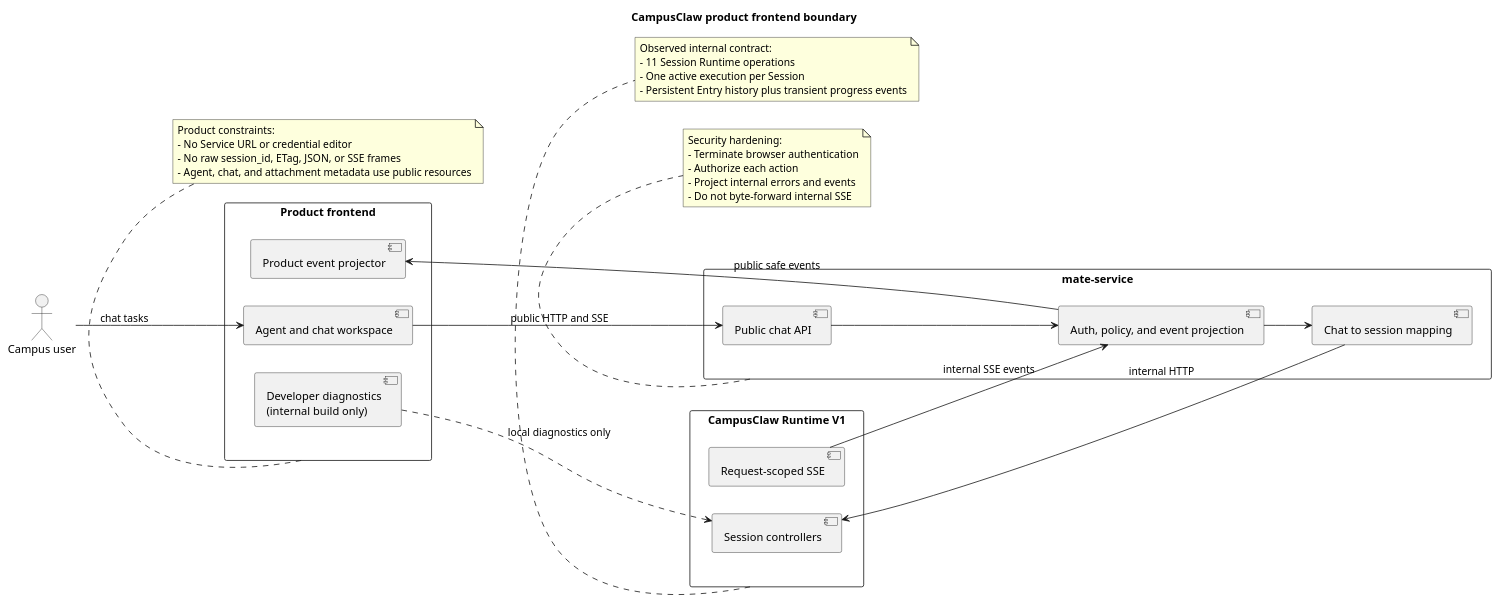
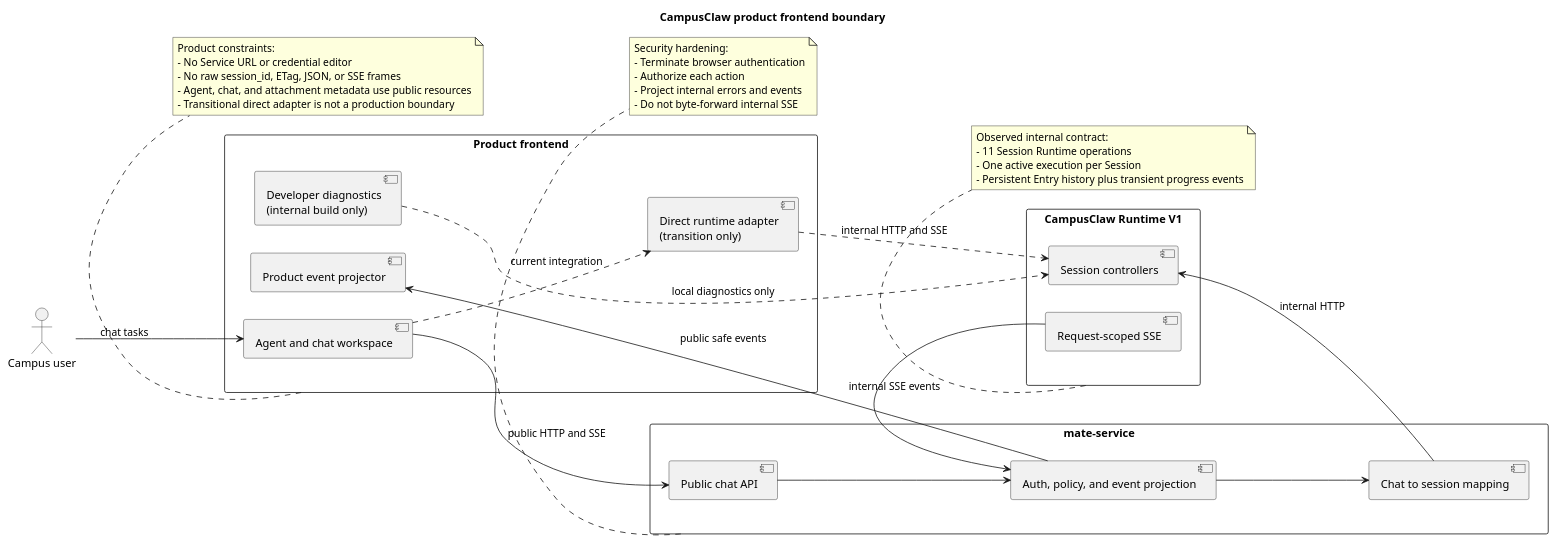
Before and after one commit to 2862282695gjh-afk/pi-mono-java: the first of 2 diagrams in docs/designs/campusclaw-frontend/diagram.puml, drawn with PlantUML. The commit also changed other lines of this file and 29 other files, not shown here.

```diff
--- a/docs/designs/campusclaw-frontend/diagram.puml
+++ b/docs/designs/campusclaw-frontend/diagram.puml
@@ -1,59 +1,67 @@
 @startuml frontend_product_boundary
-' Source evidence: frontend/src/App.vue (current debug console shell) and frontend/src/composables/useRuntimeApi.ts (useRuntimeApi, BASE_PATH).
+' Source baseline: 7b655487df80685187ed0193f6578060615f7d43.
+' Source evidence: frontend/src/App.vue (createSession, resumeSession, submit, product shell).
+' Source evidence: frontend/src/composables/useRuntimeApi.ts (useRuntimeApi, requestRaw, consumeSse).
+' Source evidence: frontend/src/projectors/runtimeEventProjector.ts (projectRuntimeEvents).
 ' Source evidence: modules/coding-agent-cli/src/main/java/com/campusclaw/codingagent/runtimeapi/web/RuntimeSessionController.java.
 ' Source evidence: modules/coding-agent-cli/src/main/java/com/campusclaw/codingagent/runtimeapi/web/RuntimeEventController.java.
-' Observed behavior: the current browser client calls the internal Runtime V1 contract directly and exposes credentials and protocol fields.
-' Design reason: the product UI must use a public bridge so internal session identifiers, credentials, ETags, and raw SSE payloads do not cross the browser boundary.
+' Observed behavior: the product shell hides credentials and protocol fields, but its transitional adapter still calls Runtime V1 directly.
+' Target-only design: the production UI uses a public bridge; the mate-service Agent, Chat, Attachment, and public event contracts do not exist yet.
+' Design reason: internal session identifiers, credentials, ETags, and raw SSE payloads must not cross the production browser boundary.
 
 title CampusClaw product frontend boundary
 left to right direction
 
 actor "Campus user" as User
 rectangle "Product frontend" as Frontend {
   component "Agent and chat workspace" as Workspace
   component "Product event projector" as Projector
+  component "Direct runtime adapter\n(transition only)" as DirectAdapter
   component "Developer diagnostics\n(internal build only)" as Diagnostics
 }
 
 rectangle "mate-service" as Mate {
   component "Public chat API" as PublicApi
   component "Chat to session mapping" as Mapping
   component "Auth, policy, and event projection" as Policy
 }
 
 rectangle "CampusClaw Runtime V1" as Runtime {
   component "Session controllers" as Sessions
   component "Request-scoped SSE" as Stream
 }
 
 User --> Workspace : chat tasks
 Workspace --> PublicApi : public HTTP and SSE
 PublicApi --> Policy
 Policy --> Mapping
 Mapping --> Sessions : internal HTTP
 Stream --> Policy : internal SSE events
 Policy --> Projector : public safe events
+Workspace ..> DirectAdapter : current integration
+DirectAdapter ..> Sessions : internal HTTP and SSE
 Diagnostics ..> Sessions : local diagnostics only
 
 note bottom of Frontend
 Product constraints:
 - No Service URL or credential editor
 - No raw session_id, ETag, JSON, or SSE frames
 - Agent, chat, and attachment metadata use public resources
+- Transitional direct adapter is not a production boundary
 end note
 
 note bottom of Mate
 Security hardening:
 - Terminate browser authentication
 - Authorize each action
 - Project internal errors and events
 - Do not byte-forward internal SSE
 end note
 
 note bottom of Runtime
 Observed internal contract:
 - 11 Session Runtime operations
 - One active execution per Session
 - Persistent Entry history plus transient progress events
 end note
 @enduml
```
